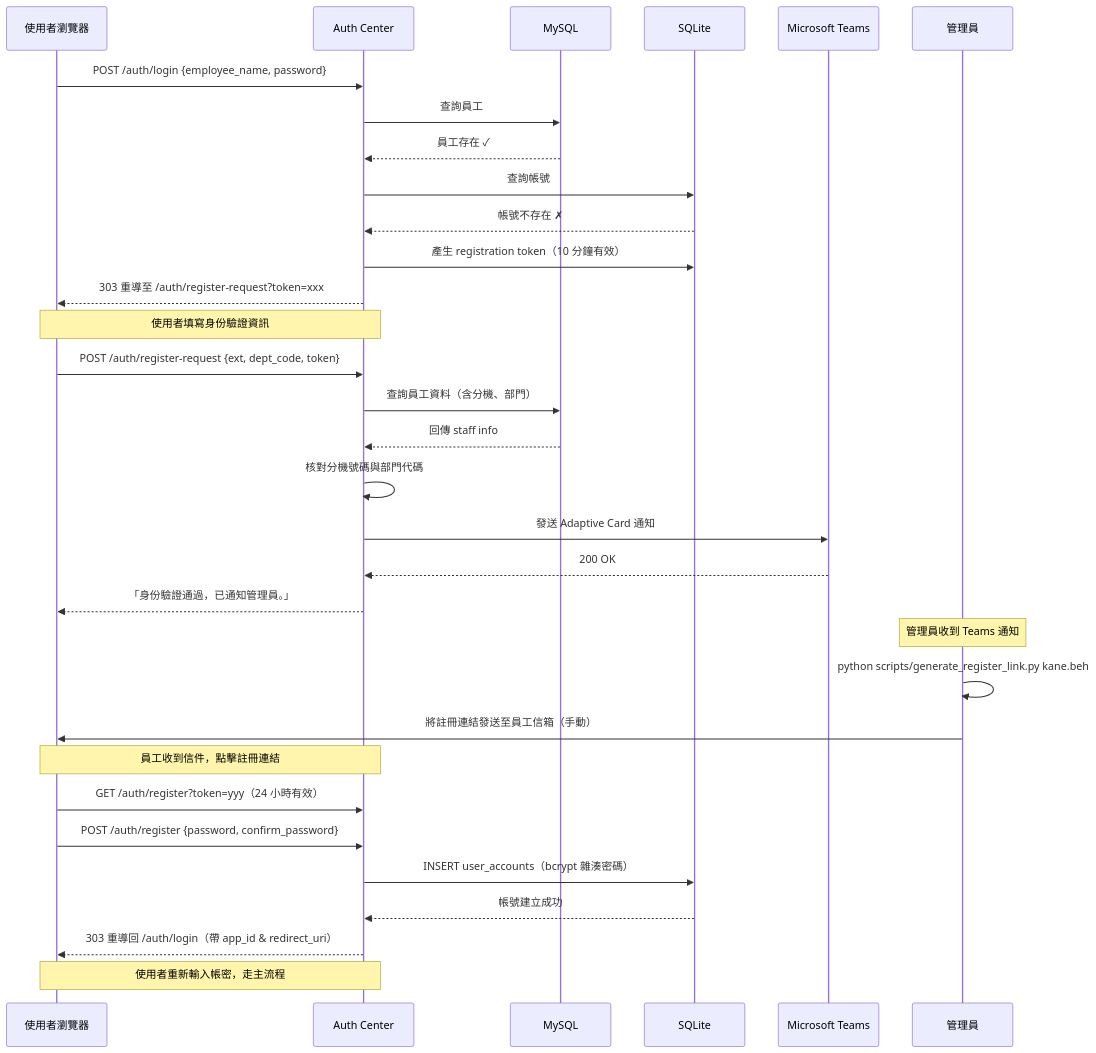
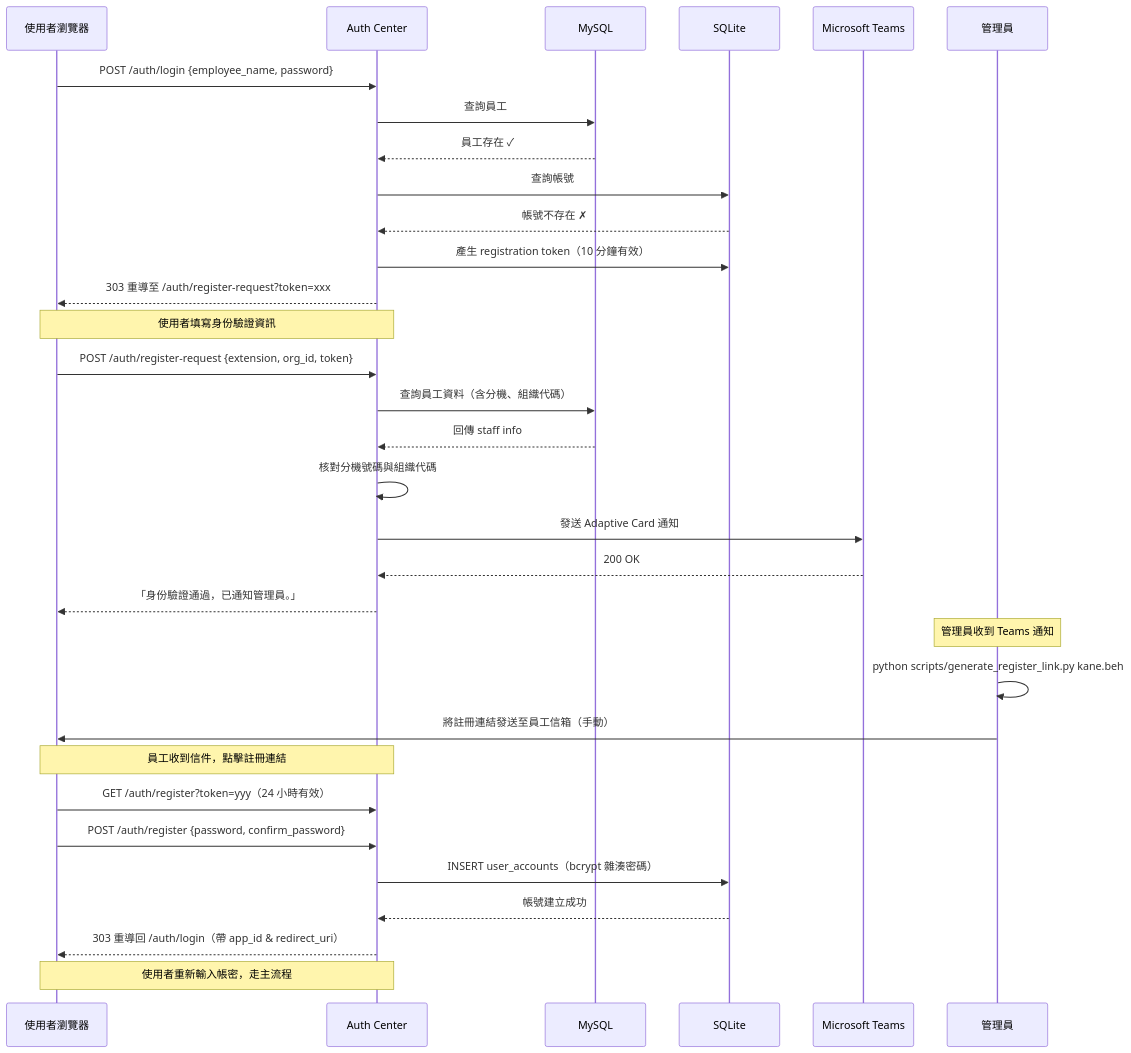
The second of 7 diagrams in README.md (bwinken/authcenter), drawn with Mermaid before and after one commit. The commit also changed other lines of this file and 20 other files, not shown here.

First line of the commit message:
feat: align MySQL schema and migrate to per-app level permissions

````diff
--- a/README.md
+++ b/README.md
@@ -424,40 +423,40 @@
 ```mermaid
 sequenceDiagram
     participant U as 使用者瀏覽器
     participant C as Auth Center
     participant M as MySQL
     participant S as SQLite
     participant T as Microsoft Teams
     participant A as 管理員
 
     U->>C: POST /auth/login {employee_name, password}
     C->>M: 查詢員工
     M-->>C: 員工存在 ✓
     C->>S: 查詢帳號
     S-->>C: 帳號不存在 ✗
 
     C->>S: 產生 registration token（10 分鐘有效）
     C-->>U: 303 重導至 /auth/register-request?token=xxx
 
     Note over U,C: 使用者填寫身份驗證資訊
-    U->>C: POST /auth/register-request {ext, dept_code, token}
-    C->>M: 查詢員工資料（含分機、部門）
+    U->>C: POST /auth/register-request {extension, org_id, token}
+    C->>M: 查詢員工資料（含分機、組織代碼）
     M-->>C: 回傳 staff info
-    C->>C: 核對分機號碼與部門代碼
+    C->>C: 核對分機號碼與組織代碼
     C->>T: 發送 Adaptive Card 通知
     T-->>C: 200 OK
     C-->>U: 「身份驗證通過，已通知管理員。」
 
     Note over A: 管理員收到 Teams 通知
     A->>A: python scripts/generate_register_link.py kane.beh
     A->>U: 將註冊連結發送至員工信箱（手動）
 
     Note over U,C: 員工收到信件，點擊註冊連結
     U->>C: GET /auth/register?token=yyy（24 小時有效）
     U->>C: POST /auth/register {password, confirm_password}
     C->>S: INSERT user_accounts（bcrypt 雜湊密碼）
     S-->>C: 帳號建立成功
 
     C-->>U: 303 重導回 /auth/login（帶 app_id & redirect_uri）
     Note over U,C: 使用者重新輸入帳密，走主流程
 ```
````
